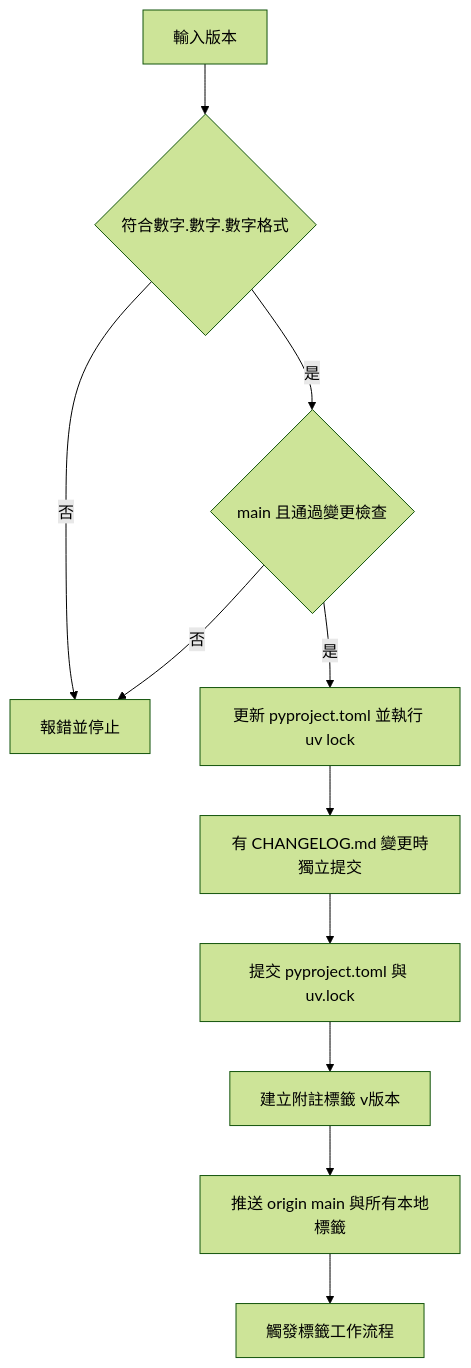
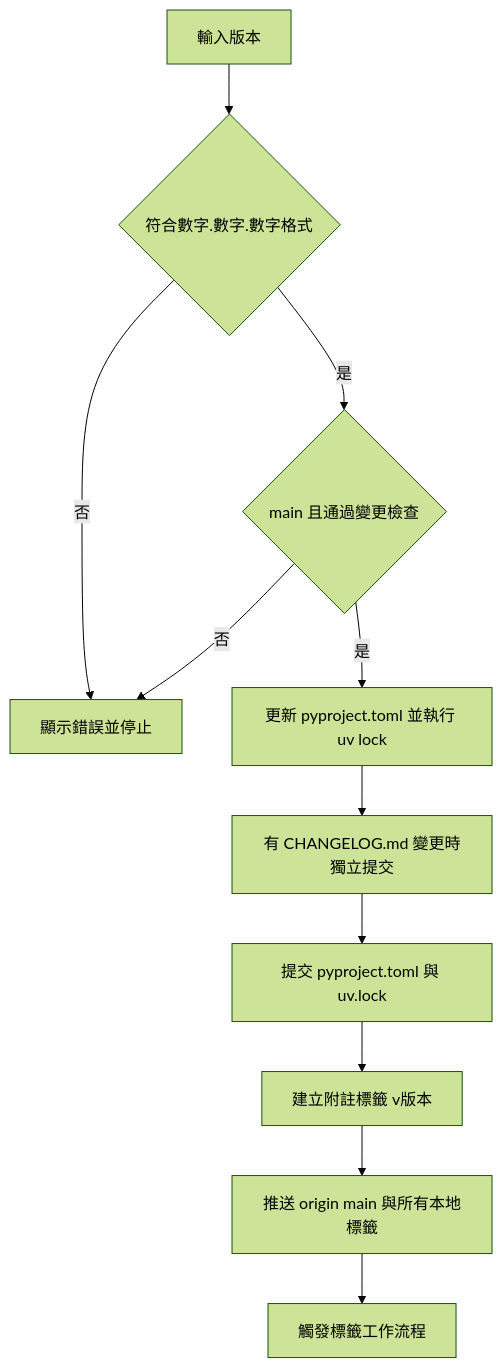
The second of 3 diagrams in docs/wiki/operational_and_development_scripts/release_and_version_management.md (kyomind/WeaMind), drawn with Mermaid (forest theme) before and after one commit. The commit also changed other lines of this file and 14 other files, not shown here.

````diff
--- a/docs/wiki/operational_and_development_scripts/release_and_version_management.md
+++ b/docs/wiki/operational_and_development_scripts/release_and_version_management.md
@@ -54,13 +54,13 @@
 ```mermaid
 flowchart TD
     A["輸入版本"] --> B{"符合數字.數字.數字格式"}
-    B -->|否| C["報錯並停止"]
+    B -->|否| C["顯示錯誤並停止"]
     B -->|是| D{"main 且通過變更檢查"}
     D -->|否| C
     D -->|是| E["更新 pyproject.toml 並執行 uv lock"]
     E --> F["有 CHANGELOG.md 變更時獨立提交"]
     F --> G["提交 pyproject.toml 與 uv.lock"]
     G --> H["建立附註標籤 v版本"]
     H --> I["推送 origin main 與所有本地標籤"]
     I --> J["觸發標籤工作流程"]
 ```
````
